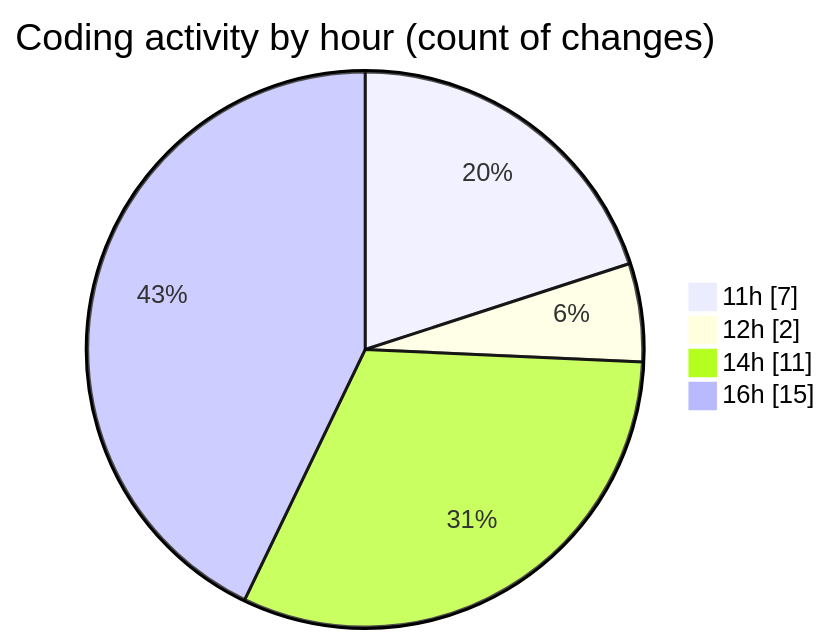
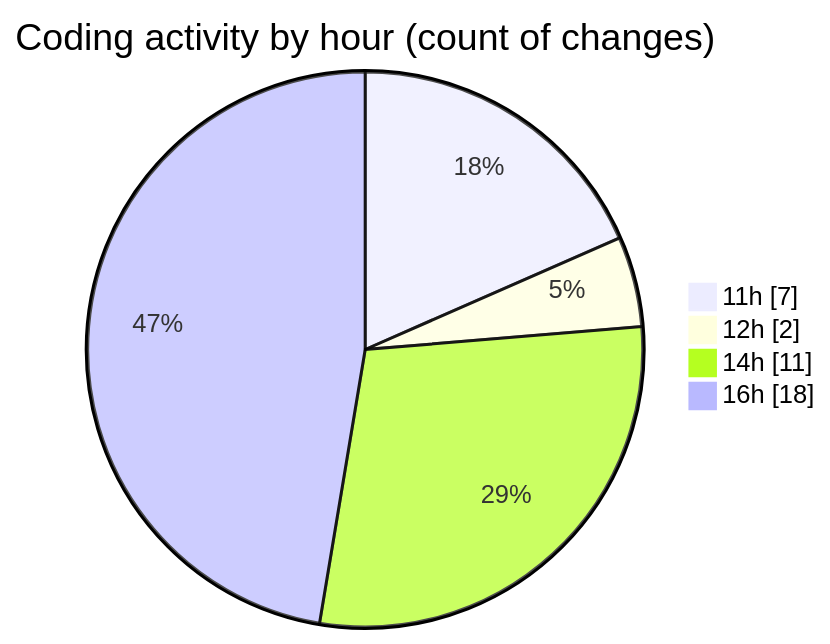
Before and after one commit to debugP/code-tracking: the second of 2 diagrams in 2025-09-26/untitled__workspace_/README.md, drawn with Mermaid. The commit also changed other lines of this file and 1 other file, not shown here.

````diff
--- a/2025-09-26/untitled__workspace_/README.md
+++ b/2025-09-26/untitled__workspace_/README.md
@@ -34,8 +34,8 @@
 ```mermaid
 pie showData
 title Coding activity by hour (count of changes)
 "11h" : 7
 "12h" : 2
 "14h" : 11
-"16h" : 15
+"16h" : 18
 ```
````
